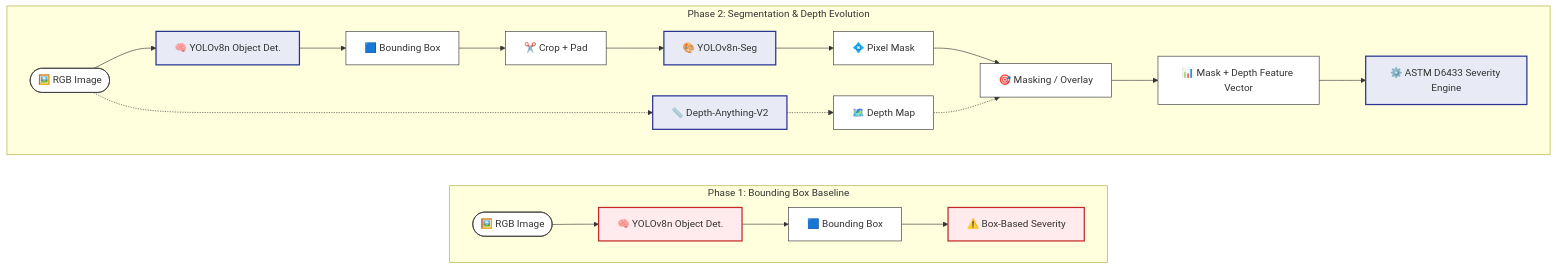
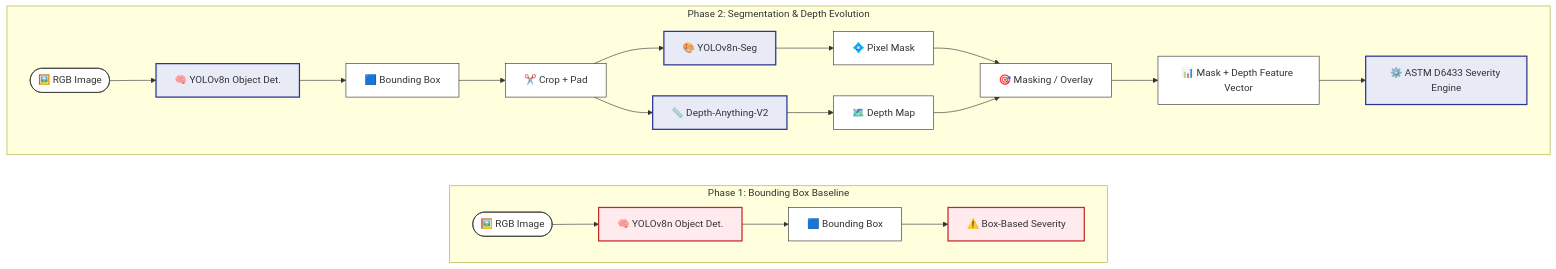
The diagram in docs/assets/diagrams/02_phase_architectures.mmd (mohanreddythippireddy14-cell/Pothole_detection), drawn with Mermaid before and after one commit. The commit also changed 22 other files, not shown here.

```diff
--- a/docs/assets/diagrams/02_phase_architectures.mmd
+++ b/docs/assets/diagrams/02_phase_architectures.mmd
@@ -1,29 +1,29 @@
 flowchart LR
     %% Styling
     classDef phase1 fill:#ffebee,stroke:#c62828,stroke-width:2px;
     classDef phase2 fill:#e8eaf6,stroke:#283593,stroke-width:2px;
     classDef component fill:#fff,stroke:#333,stroke-width:1px;
 
     subgraph P1 [Phase 1: Bounding Box Baseline]
         direction LR
         A1([🖼️ RGB Image]):::component --> B1[🧠 YOLOv8n Object Det.]:::phase1
         B1 --> C1[🟦 Bounding Box]:::component
         C1 --> D1[⚠️ Box-Based Severity]:::phase1
     end
 
     subgraph P2 [Phase 2: Segmentation & Depth Evolution]
         direction LR
         A2([🖼️ RGB Image]):::component --> B2[🧠 YOLOv8n Object Det.]:::phase2
         B2 --> C2[🟦 Bounding Box]:::component
         C2 --> D2[✂️ Crop + Pad]:::component
         D2 --> E2[🎨 YOLOv8n-Seg]:::phase2
         E2 --> F2[💠 Pixel Mask]:::component
         
-        A2 -.-> G2[📏 Depth-Anything-V2]:::phase2
-        G2 -.-> H2[🗺️ Depth Map]:::component
+        D2 --> G2[📏 Depth-Anything-V2]:::phase2
+        G2 --> H2[🗺️ Depth Map]:::component
         
         F2 --> I2[🎯 Masking / Overlay]:::component
-        H2 -.-> I2
+        H2 --> I2
         I2 --> J2[📊 Mask + Depth Feature Vector]:::component
         J2 --> K2[⚙️ ASTM D6433 Severity Engine]:::phase2
     end
```
